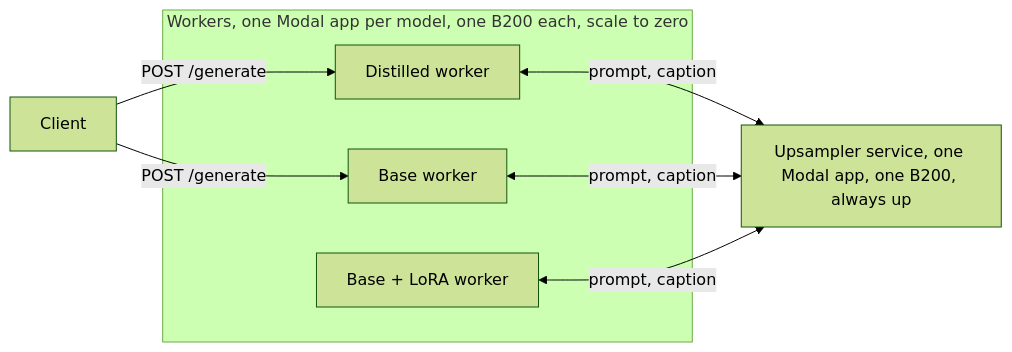
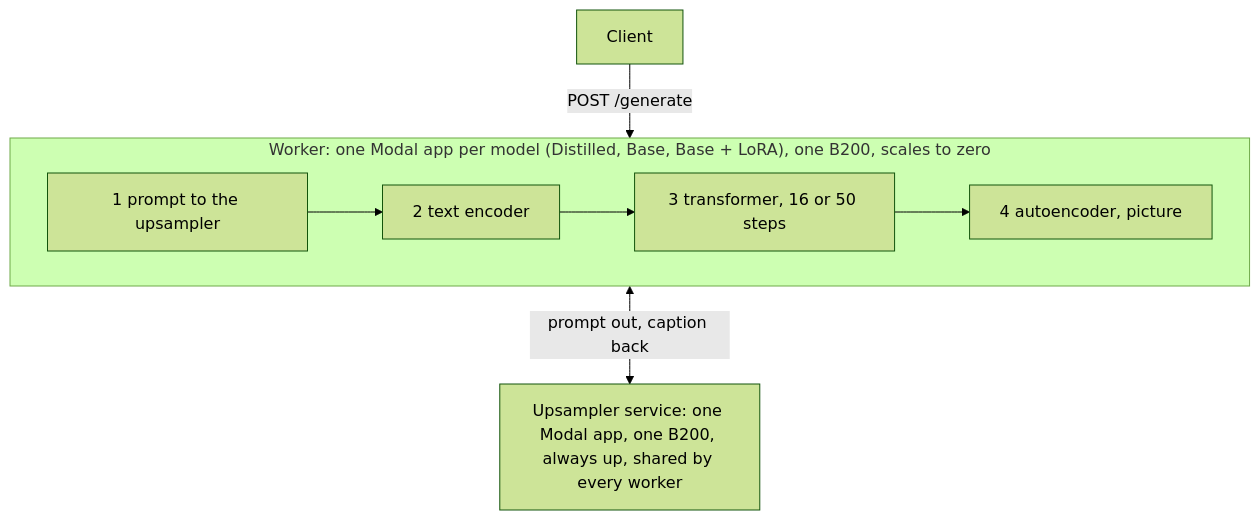
The diagram in README.md (nicolaslara/flux-3-klein-shared-upsampler), drawn with Mermaid (forest theme) before and after one commit. The commit also changed other lines of this file, not shown here.

Commit message:
Show the request order in the architecture diagram

````diff
--- a/README.md
+++ b/README.md
@@ -7,15 +7,9 @@
 ```mermaid
-flowchart LR
-    C["Client"]
-    subgraph W["Workers, one Modal app per model, one B200 each, scale to zero"]
-        D["Distilled worker"]
-        B["Base worker"]
-        L["Base + LoRA worker"]
+flowchart TB
+    C["Client"] -->|"POST /generate"| W
+    subgraph W["Worker: one Modal app per model (Distilled, Base, Base + LoRA), one B200, scales to zero"]
+        direction LR
+        S1["1 prompt to the upsampler"] --> S2["2 text encoder"] --> S3["3 transformer, 16 or 50 steps"] --> S4["4 autoencoder, picture"]
     end
-    U["Upsampler service, one Modal app, one B200, always up"]
-    C -->|"POST /generate"| D
-    C -->|"POST /generate"| B
-    D <-->|"prompt, caption"| U
-    B <-->|"prompt, caption"| U
-    L <-->|"prompt, caption"| U
+    S1 <-->|"prompt out, caption back"| U["Upsampler service: one Modal app, one B200, always up, shared by every worker"]
 ```
````
